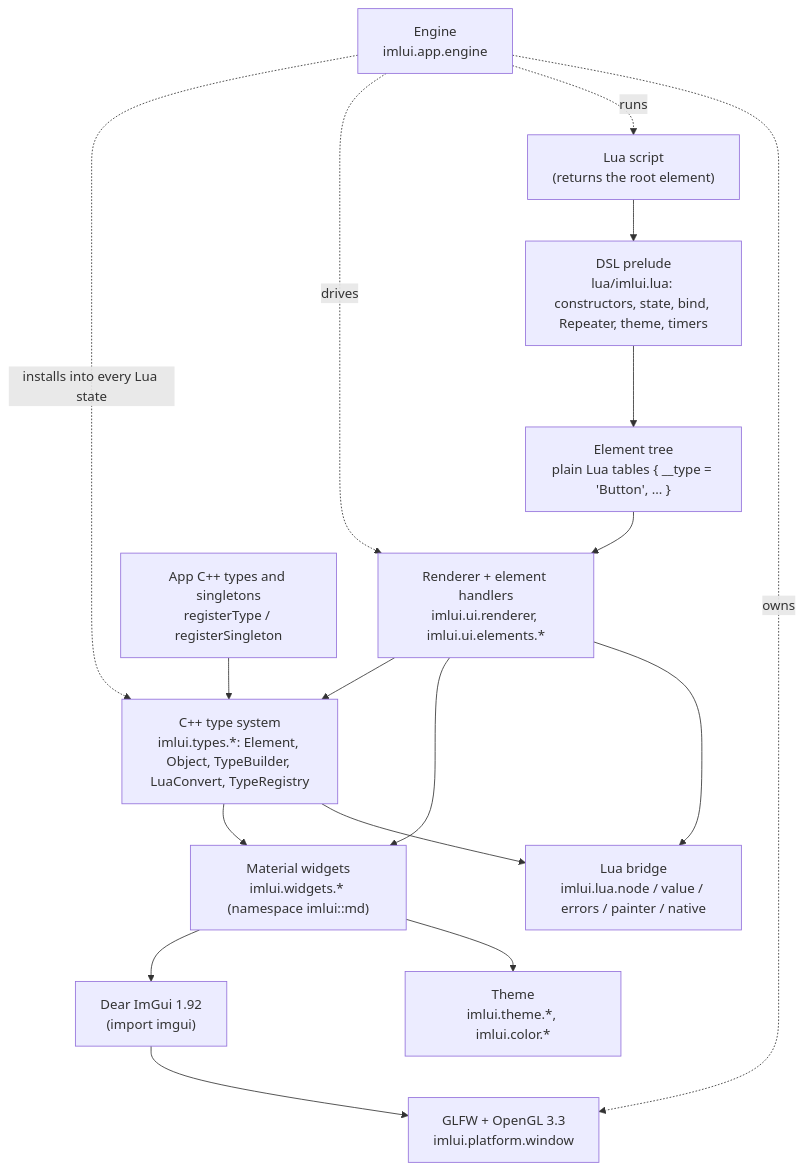
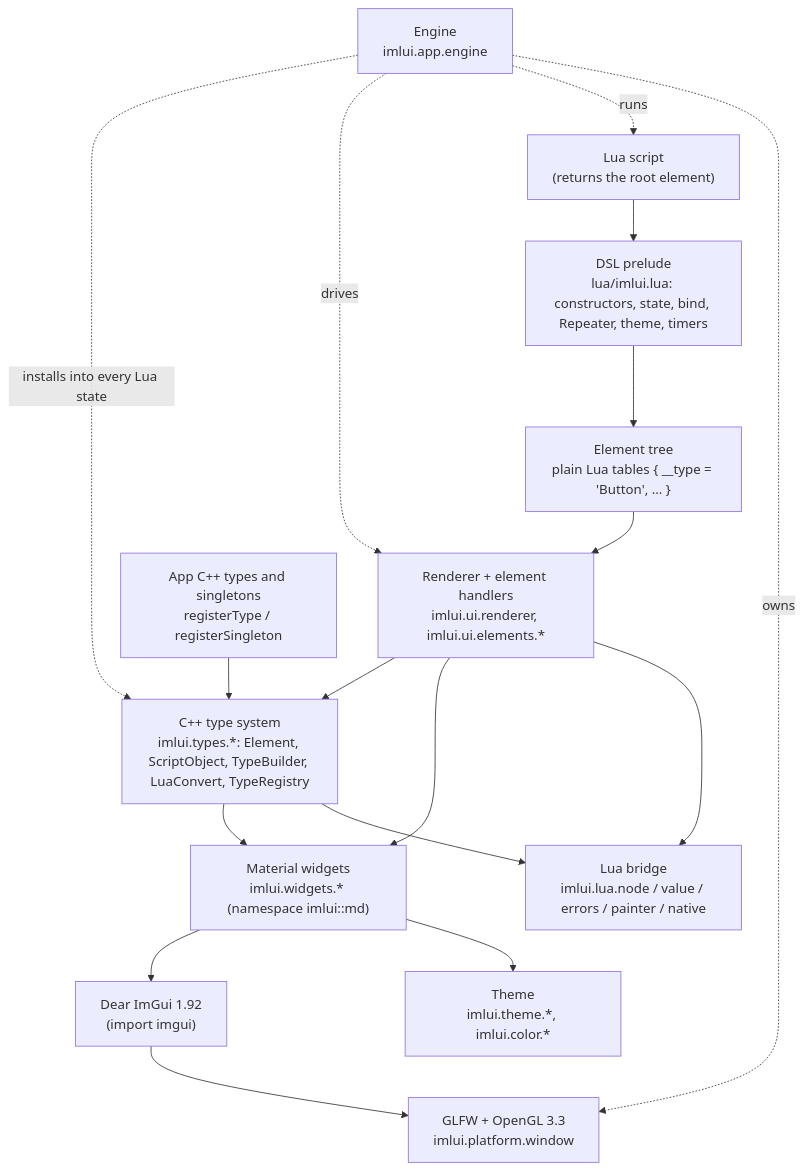
One commit to MyJules/imlui changed the diagram in docs/architecture.md. Above: the diagram before and after it, drawn with Mermaid. The commit also changed other lines of this file and 27 other files, not shown here.

Commit message:
Rename Object to ScriptObject; extend Frame and add per-group type registration for the built-in port

````diff
--- a/docs/architecture.md
+++ b/docs/architecture.md
@@ -5,19 +5,19 @@
 ```mermaid
 flowchart TD
     S["Lua script<br/>(returns the root element)"] --> P["DSL prelude<br/>lua/imlui.lua: constructors, state, bind, Repeater, theme, timers"]
     P --> T["Element tree<br/>plain Lua tables { __type = 'Button', ... }"]
     T --> R["Renderer + element handlers<br/>imlui.ui.renderer, imlui.ui.elements.*"]
     R --> N["Lua bridge<br/>imlui.lua.node / value / errors / painter / native"]
     R --> W["Material widgets<br/>imlui.widgets.* (namespace imlui::md)"]
-    R --> TY["C++ type system<br/>imlui.types.*: Element, Object, TypeBuilder, LuaConvert, TypeRegistry"]
+    R --> TY["C++ type system<br/>imlui.types.*: Element, ScriptObject, TypeBuilder, LuaConvert, TypeRegistry"]
     TY --> N
     TY --> W
     C["App C++ types and singletons<br/>registerType / registerSingleton"] --> TY
     W --> TH["Theme<br/>imlui.theme.*, imlui.color.*"]
     W --> I["Dear ImGui 1.92<br/>(import imgui)"]
     I --> G["GLFW + OpenGL 3.3<br/>imlui.platform.window"]
     E["Engine<br/>imlui.app.engine"] -.owns.-> G
     E -.runs.-> S
     E -.drives.-> R
     E -.installs into every Lua state.-> TY
 ```
````
